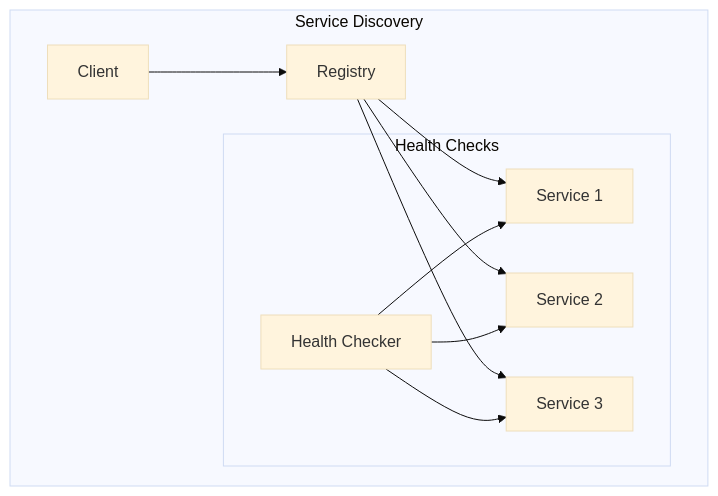
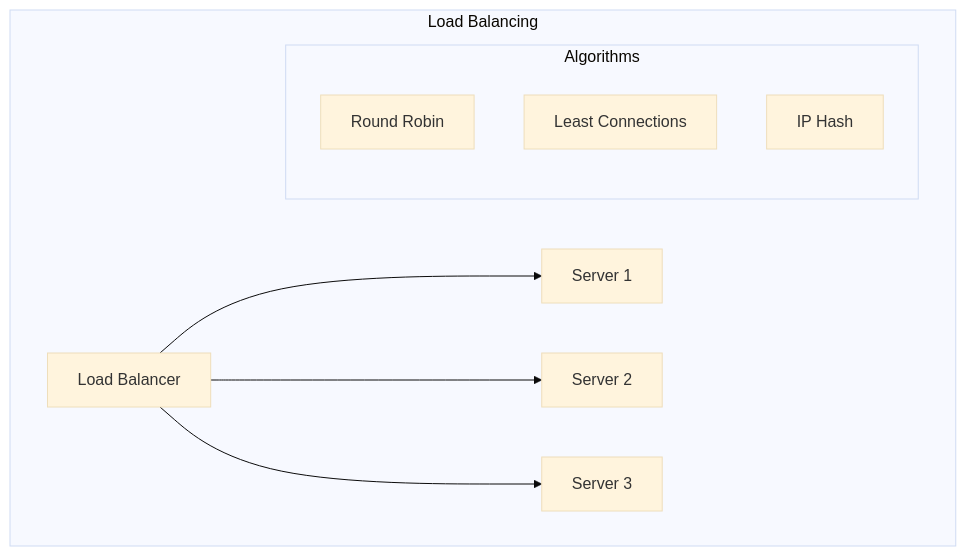
Before and after one commit to saravanakumarrc/Architecture_Journey: the fifth of 6 diagrams in src/Network_and_Protocol_Design.md, drawn with Mermaid (base theme). The commit also changed other lines of this file and 7 other files, not shown here.

First line of the commit message:
Refactor Trade-off Analysis documentation and enhance architecture governance models

````diff
--- a/src/Network_and_Protocol_Design.md
+++ b/src/Network_and_Protocol_Design.md
@@ -155,16 +306,15 @@
 ```mermaid
 graph TB
-    subgraph "Service Discovery"
-        C[Client] --> R[Registry]
-        R --> S1[Service 1]
-        R --> S2[Service 2]
-        R --> S3[Service 3]
+    subgraph "Load Balancing"
+        LB[Load Balancer]
+        LB --> S1[Server 1]
+        LB --> S2[Server 2]
+        LB --> S3[Server 3]
         
-        subgraph "Health Checks"
-            HC[Health Checker]
-            HC --> S1
-            HC --> S2
-            HC --> S3
+        subgraph "Algorithms"
+            RR[Round Robin]
+            LC[Least Connections]
+            IP[IP Hash]
         end
     end
 ```
````
